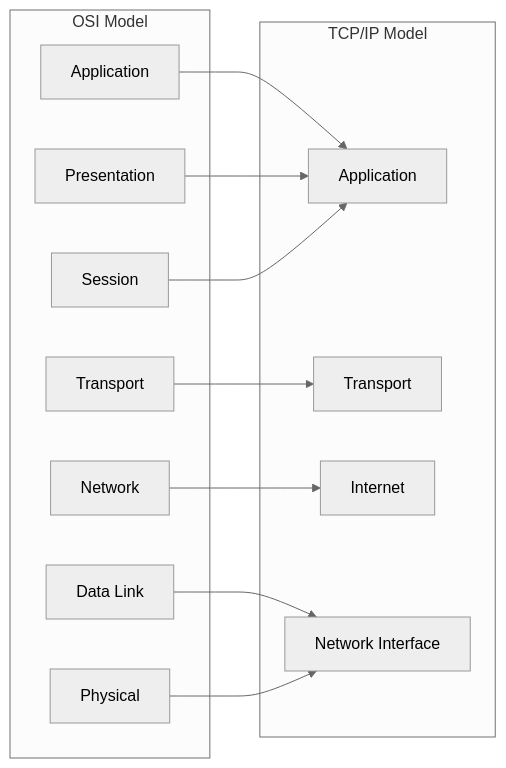
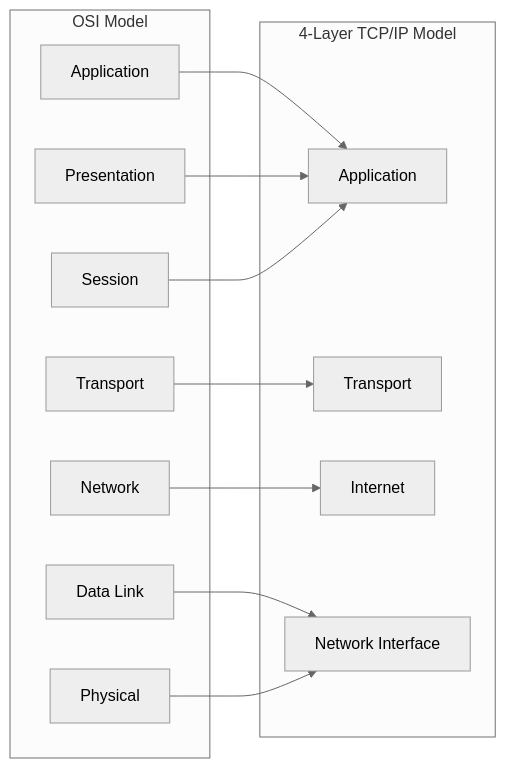
Before and after one commit to kushkumarkashyap7280/COMPUTER_NETWORKING: diagram 11 of 14 in day_006/README.md, drawn with Mermaid (neutral theme). The commit also changed other lines of this file, not shown here.

Commit message:
Update Day 6 documentation to clarify TCP/IP model layers and add detailed explanations for 4-layer and 5-layer models

````diff
--- a/day_006/README.md
+++ b/day_006/README.md
@@ -329,27 +335,27 @@
 ```mermaid
 graph LR
     subgraph "OSI Model"
         O7[Application]
         O6[Presentation]
         O5[Session]
         O4[Transport]
         O3[Network]
         O2[Data Link]
         O1[Physical]
     end
     
-    subgraph "TCP/IP Model"
+    subgraph "4-Layer TCP/IP Model"
         T4[Application]
         T3[Transport]
         T2[Internet]
         T1[Network Interface]
     end
     
     O7 --> T4
     O6 --> T4
     O5 --> T4
     O4 --> T3
     O3 --> T2
     O2 --> T1
     O1 --> T1
 ```
````
